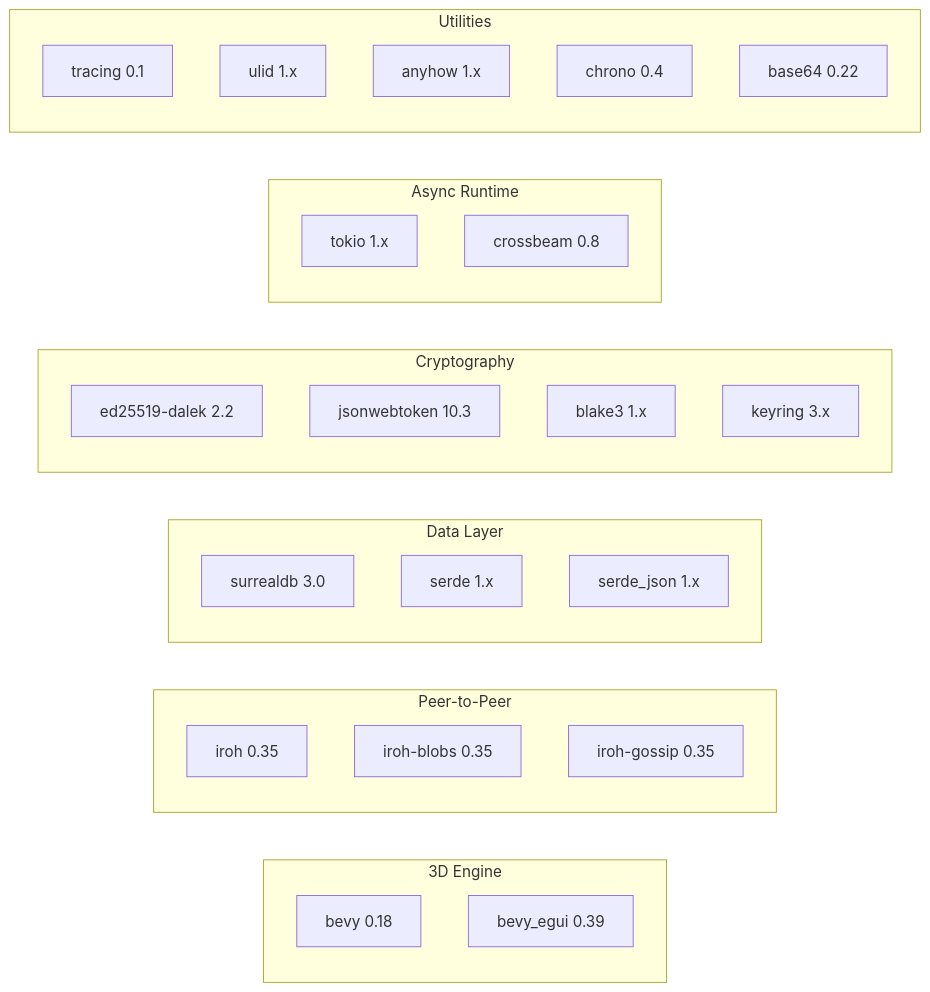
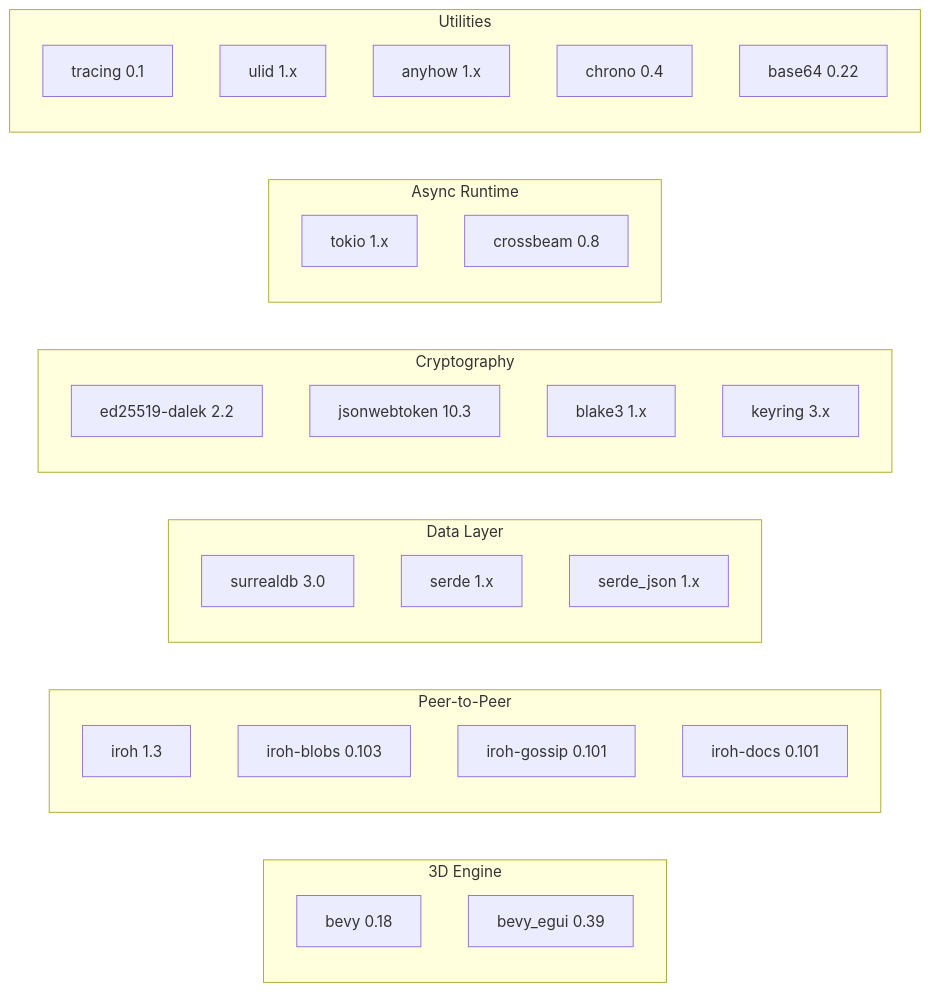
Before and after one commit to Escherbridge/fractalengine: the second of 2 diagrams in docs/diagrams/10-crate-dependencies.md, drawn with Mermaid. The commit also changed 44 other files, not shown here.

````diff
--- a/docs/diagrams/10-crate-dependencies.md
+++ b/docs/diagrams/10-crate-dependencies.md
@@ -49,39 +49,40 @@
 ```mermaid
 graph LR
     subgraph Engine["3D Engine"]
         Bevy[bevy 0.18]
         Egui[bevy_egui 0.39]
     end
 
     subgraph P2P["Peer-to-Peer"]
-        Iroh[iroh 0.35]
-        IrohB[iroh-blobs 0.35]
-        IrohG[iroh-gossip 0.35]
+        Iroh[iroh 1.3]
+        IrohB[iroh-blobs 0.103]
+        IrohG[iroh-gossip 0.101]
+        IrohD[iroh-docs 0.101]
     end
 
     subgraph Data["Data Layer"]
         Surreal[surrealdb 3.0]
         Serde[serde 1.x]
         SerdeJ[serde_json 1.x]
     end
 
     subgraph Crypto["Cryptography"]
         Ed25519[ed25519-dalek 2.2]
         JWT[jsonwebtoken 10.3]
         Blake[blake3 1.x]
         Keyring_[keyring 3.x]
     end
 
     subgraph Async["Async Runtime"]
         Tokio_[tokio 1.x]
         Crossbeam_[crossbeam 0.8]
     end
 
     subgraph Util["Utilities"]
         Tracing_[tracing 0.1]
         ULID[ulid 1.x]
         Anyhow[anyhow 1.x]
         Chrono[chrono 0.4]
         Base64[base64 0.22]
     end
 ```
````
